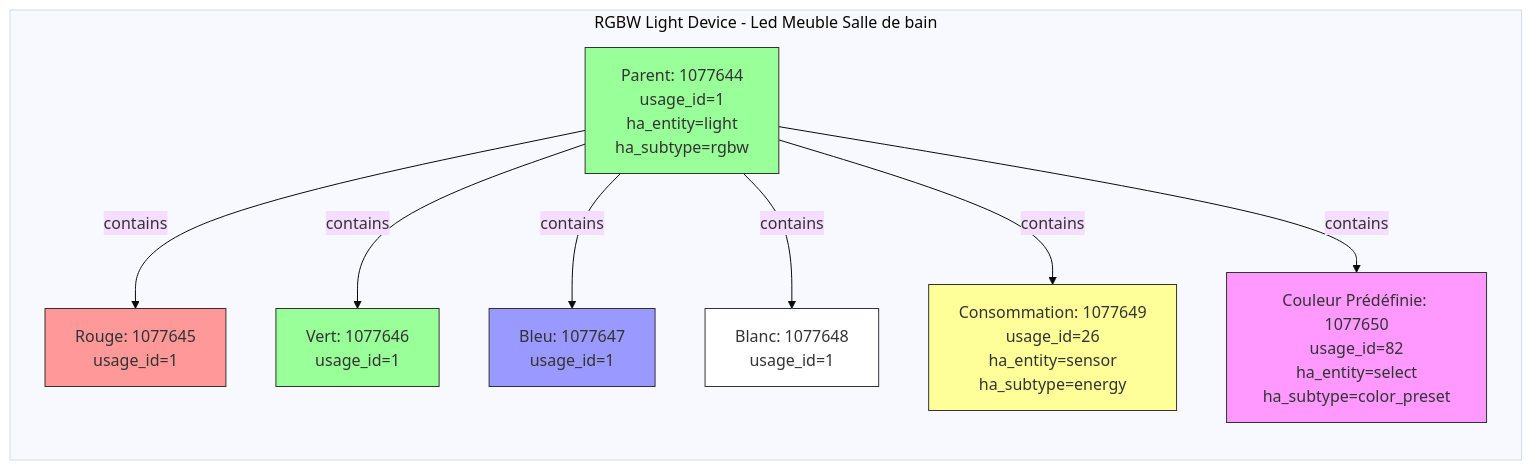
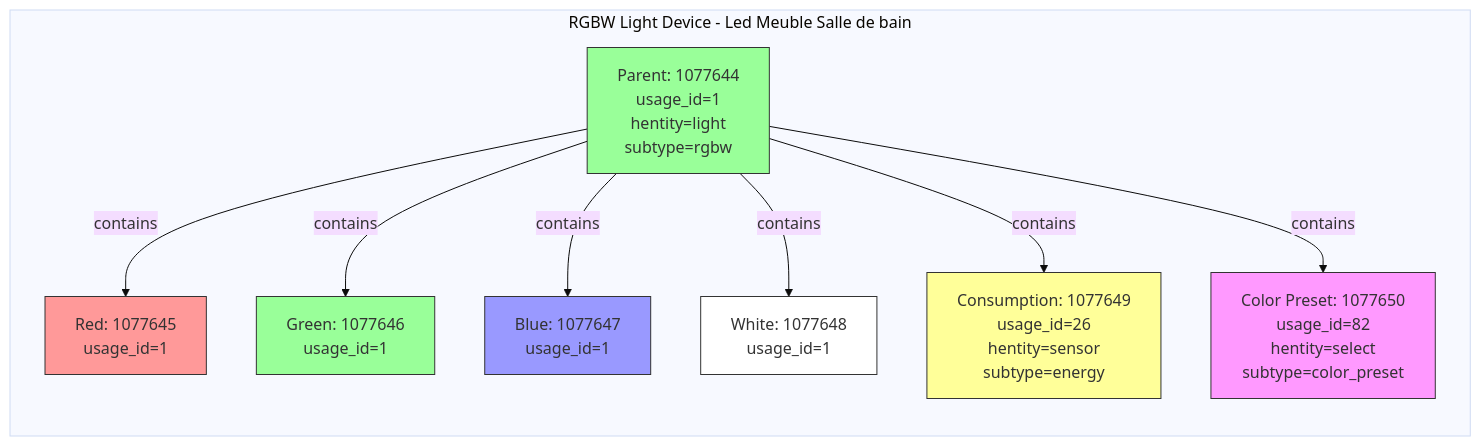
One commit to Dan4Jer/hass-eedomus changed the sixth of 13 diagrams in README.md. Above: the diagram before and after it, drawn with Mermaid (base theme). The commit also changed other lines of this file, not shown here.

First line of the commit message:
🐛 Fix all Mermaid diagrams for GitHub compatibility

````diff
--- a/README.md
+++ b/README.md
@@ -589,33 +472,33 @@
 ```mermaid
 flowchart LR
     subgraph RGBWDevice[RGBW Light Device - Led Meuble Salle de bain]
         direction TB
         Parent[Parent: 1077644
 usage_id=1
-ha_entity=light
-ha_subtype=rgbw] -->|contains| R[Rouge: 1077645
+hentity=light
+subtype=rgbw] -->|contains| R[Red: 1077645
 usage_id=1] 
-        Parent -->|contains| G[Vert: 1077646
+        Parent -->|contains| G[Green: 1077646
 usage_id=1] 
-        Parent -->|contains| B[Bleu: 1077647
+        Parent -->|contains| B[Blue: 1077647
 usage_id=1] 
-        Parent -->|contains| W[Blanc: 1077648
+        Parent -->|contains| W[White: 1077648
 usage_id=1] 
-        Parent -->|contains| C[Consommation: 1077649
+        Parent -->|contains| C[Consumption: 1077649
 usage_id=26
-ha_entity=sensor
-ha_subtype=energy] 
-        Parent -->|contains| P[Couleur Prédéfinie: 1077650
+hentity=sensor
+subtype=energy] 
+        Parent -->|contains| P[Color Preset: 1077650
 usage_id=82
-ha_entity=select
-ha_subtype=color_preset] 
+hentity=select
+subtype=color_preset] 
     end
     
     style Parent fill:#9f9,stroke:#333
     style R fill:#f99,stroke:#333
     style G fill:#9f9,stroke:#333
     style B fill:#99f,stroke:#333
     style W fill:#fff,stroke:#333
     style C fill:#ff9,stroke:#333
     style P fill:#f9f,stroke:#333
 ```
````
